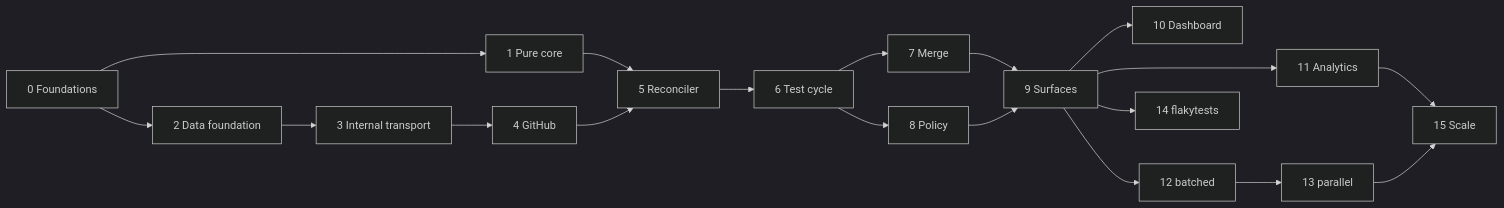
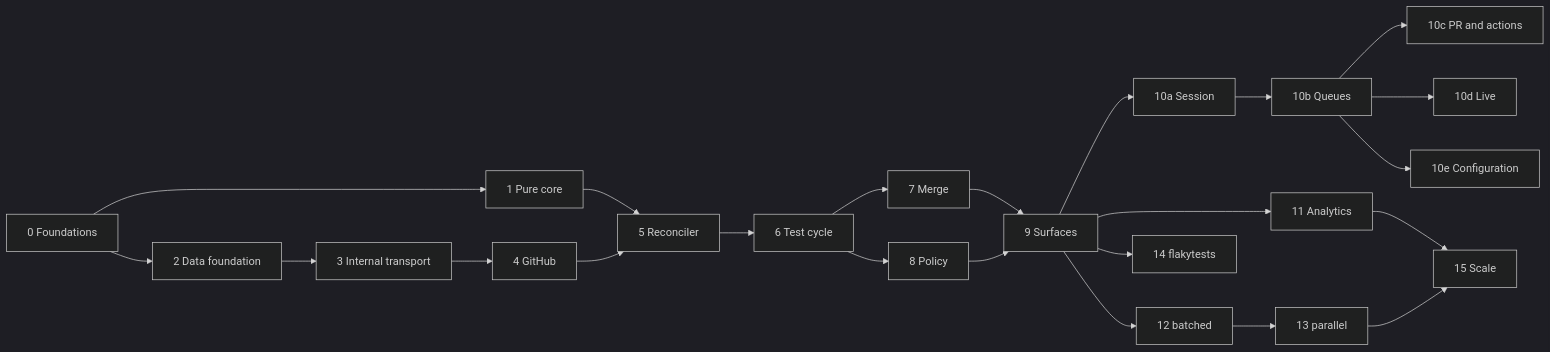
Before and after one commit to getcihub/cihub: the diagram in specs/LOTS.md, drawn with Mermaid (dark theme). The commit also changed other lines of this file and 4 other files, not shown here.

````diff
--- a/specs/LOTS.md
+++ b/specs/LOTS.md
@@ -52,21 +56,25 @@
 ```mermaid
 flowchart LR
   L0[0 Foundations] --> L1[1 Pure core]
   L0 --> L2[2 Data foundation]
   L2 --> L3[3 Internal transport]
   L3 --> L4[4 GitHub]
   L1 --> L5[5 Reconciler]
   L4 --> L5
   L5 --> L6[6 Test cycle]
   L6 --> L7[7 Merge]
   L6 --> L8[8 Policy]
   L7 --> L9[9 Surfaces]
   L8 --> L9
-  L9 --> L10[10 Dashboard]
+  L9 --> L10a[10a Session]
+  L10a --> L10b[10b Queues]
+  L10b --> L10c[10c PR and actions]
+  L10b --> L10d[10d Live]
+  L10b --> L10e[10e Configuration]
   L9 --> L11[11 Analytics]
   L9 --> L12[12 batched]
   L9 --> L14[14 flakytests]
   L12 --> L13[13 parallel]
   L11 --> L15[15 Scale]
   L13 --> L15
 ```
````
